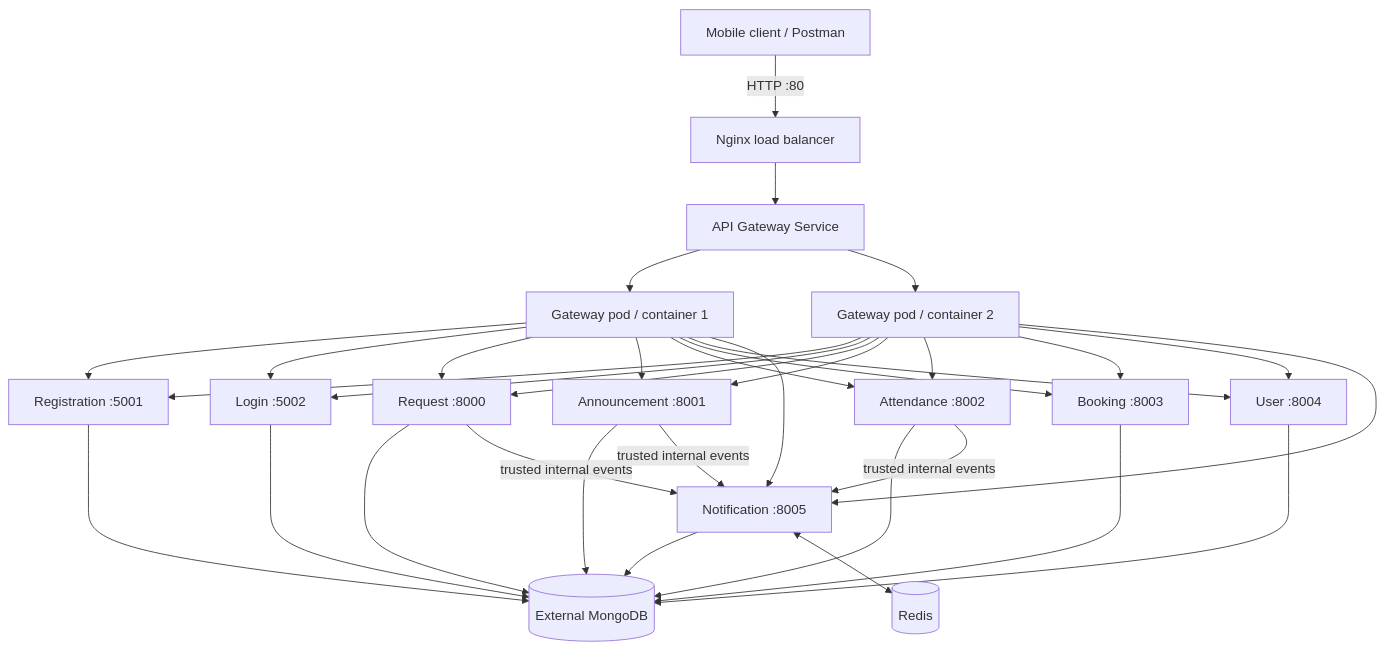
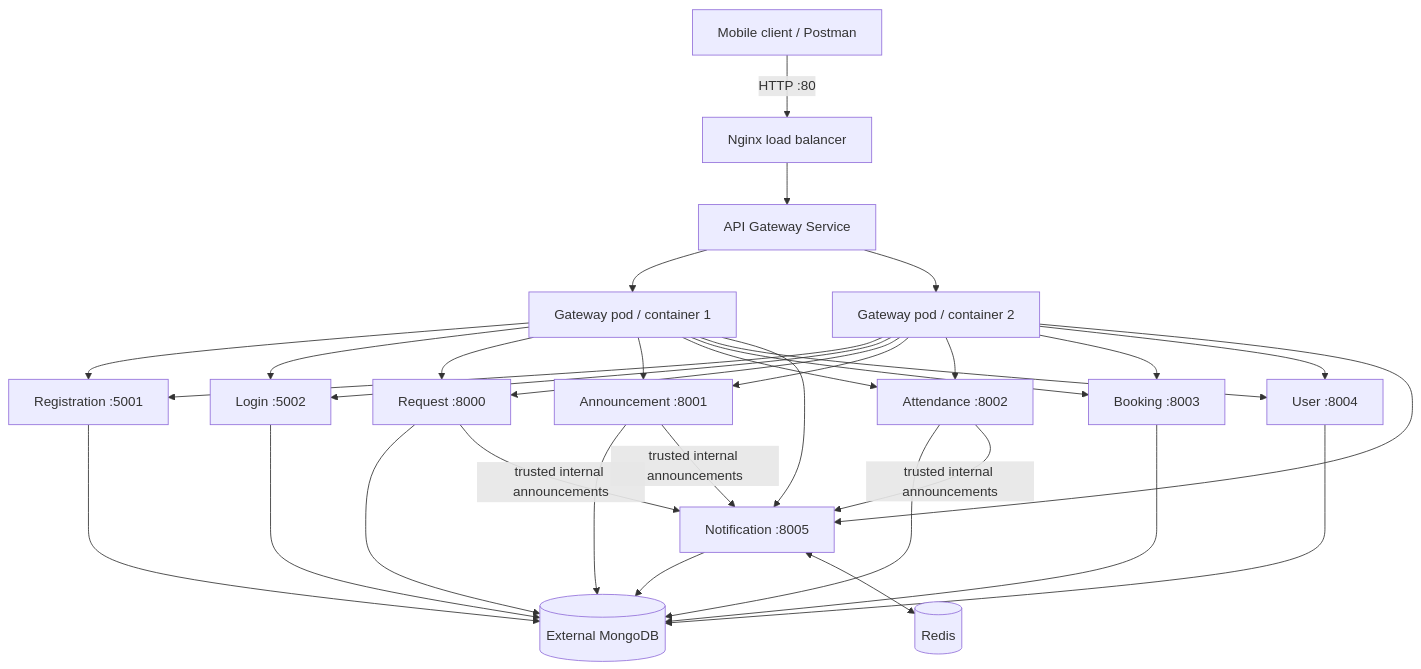
The diagram in docs/PROJECT_DOCUMENTATION.md (senghakch17-byte/AMT-MobileApp), drawn with Mermaid before and after one commit. The commit also changed other lines of this file and 227 other files, not shown here.

````diff
--- a/docs/PROJECT_DOCUMENTATION.md
+++ b/docs/PROJECT_DOCUMENTATION.md
@@ -49,18 +49,18 @@
 ```mermaid
 flowchart TB
   Client[Mobile client / Postman] -->|HTTP :80| Nginx[Nginx load balancer]
   Nginx --> Gateway[API Gateway Service]
   Gateway --> G1[Gateway pod / container 1]
   Gateway --> G2[Gateway pod / container 2]
   G1 & G2 --> Register[Registration :5001]
   G1 & G2 --> Login[Login :5002]
   G1 & G2 --> Request[Request :8000]
   G1 & G2 --> Announcement[Announcement :8001]
   G1 & G2 --> Attendance[Attendance :8002]
   G1 & G2 --> Booking[Booking :8003]
   G1 & G2 --> User[User :8004]
   G1 & G2 --> Notification[Notification :8005]
   Register & Login & Request & Announcement & Attendance & Booking & User & Notification --> Mongo[(External MongoDB)]
-  Request & Announcement & Attendance -->|trusted internal events| Notification
+  Request & Announcement & Attendance -->|trusted internal announcements| Notification
   Notification <--> Redis[(Redis)]
 ```
````
